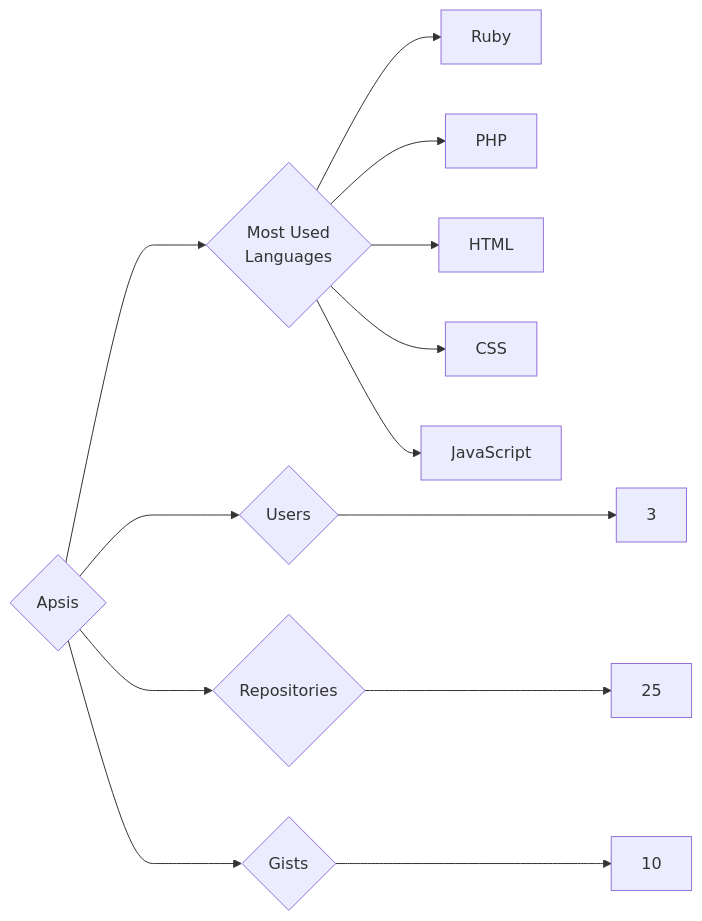
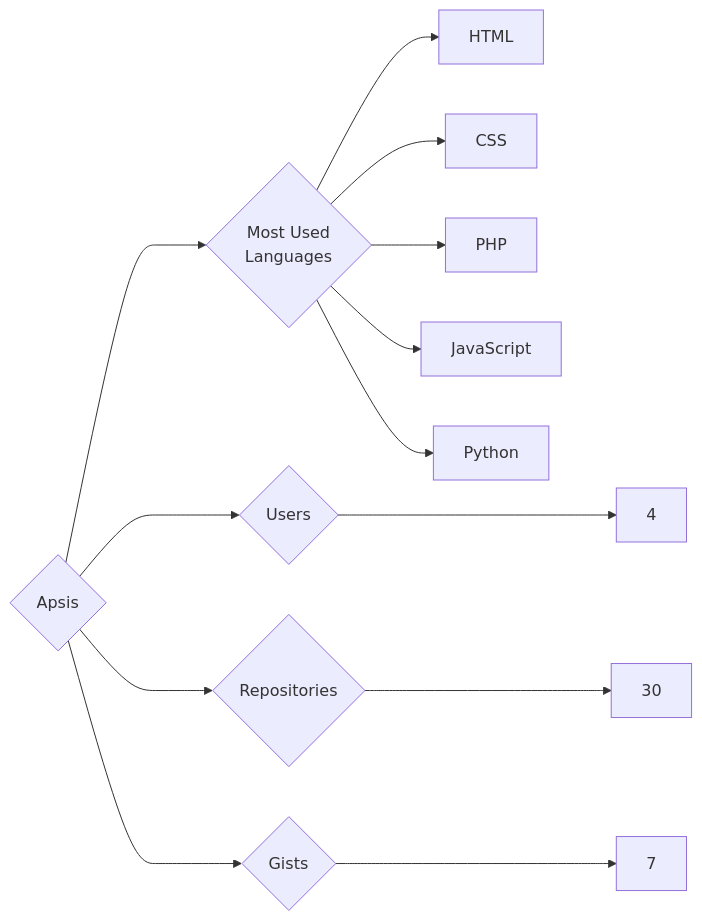
Before and after one commit to trickest/insiders: the diagram in targets/Apsis/README.md, drawn with Mermaid. The commit also changed 873 other files, not shown here.

````diff
--- a/targets/Apsis/README.md
+++ b/targets/Apsis/README.md
@@ -3,13 +3,13 @@
 ```mermaid
 graph LR
 COMPANY_NAME{Apsis}
-COMPANY_NAME ---> U{Users} ---> UN[3]
-COMPANY_NAME ---> R{Repositories} ---> RN[25]
-COMPANY_NAME ---> G{Gists} ---> GN[10]
+COMPANY_NAME ---> U{Users} ---> UN[4]
+COMPANY_NAME ---> R{Repositories} ---> RN[30]
+COMPANY_NAME ---> G{Gists} ---> GN[7]
 COMPANY_NAME ---> ML{Most Used<br>Languages}
-ML --> Ruby[Ruby]
-ML --> PHP[PHP]
 ML --> HTML[HTML]
 ML --> CSS[CSS]
+ML --> PHP[PHP]
 ML --> JavaScript[JavaScript]
+ML --> Python[Python]
 ```
````
